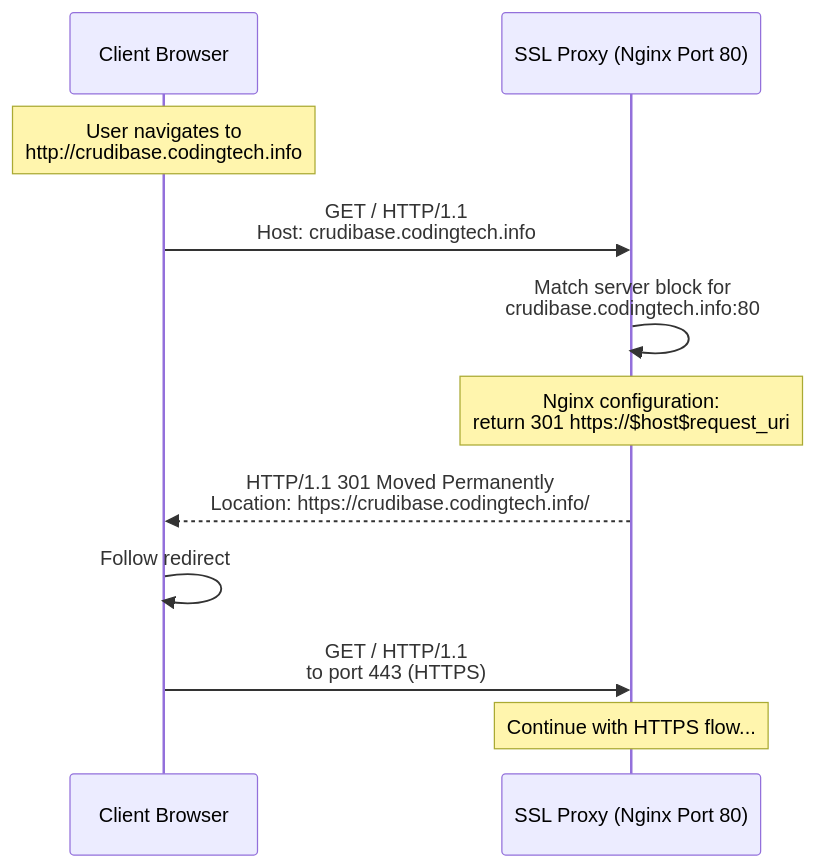
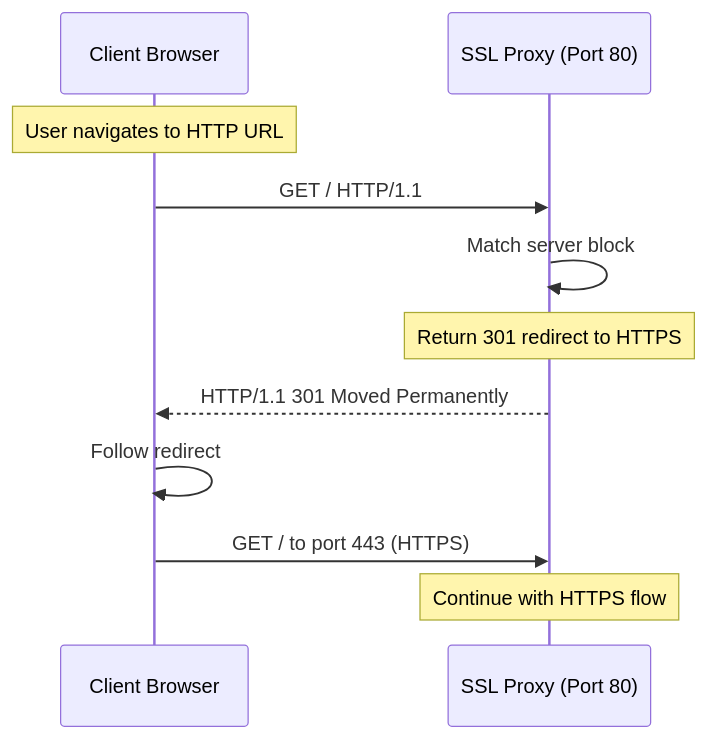
The third of 10 diagrams in wiki/Request-Flow.md (softwarewrighter/ssl-proxy-for-do), drawn with Mermaid before and after one commit. The commit also changed other lines of this file and 3 other files, not shown here.

First line of the commit message:
Remove all remaining br tags from sequence diagrams

````diff
--- a/wiki/Request-Flow.md
+++ b/wiki/Request-Flow.md
@@ -145,20 +145,20 @@
 ```mermaid
 sequenceDiagram
     participant Client as Client Browser
-    participant SSLProxy as SSL Proxy (Nginx Port 80)
+    participant SSLProxy as SSL Proxy (Port 80)
 
-    Note over Client: User navigates to<br/>http://crudibase.codingtech.info
+    Note over Client: User navigates to HTTP URL
 
-    Client->>SSLProxy: GET / HTTP/1.1<br/>Host: crudibase.codingtech.info
+    Client->>SSLProxy: GET / HTTP/1.1
 
-    SSLProxy->>SSLProxy: Match server block for<br/>crudibase.codingtech.info:80
+    SSLProxy->>SSLProxy: Match server block
 
-    Note over SSLProxy: Nginx configuration:<br/>return 301 https://$host$request_uri;
+    Note over SSLProxy: Return 301 redirect to HTTPS
 
-    SSLProxy-->>Client: HTTP/1.1 301 Moved Permanently<br/>Location: https://crudibase.codingtech.info/
+    SSLProxy-->>Client: HTTP/1.1 301 Moved Permanently
 
     Client->>Client: Follow redirect
-    Client->>SSLProxy: GET / HTTP/1.1<br/>to port 443 (HTTPS)
+    Client->>SSLProxy: GET / to port 443 (HTTPS)
 
-    Note over SSLProxy: Continue with HTTPS flow...
+    Note over SSLProxy: Continue with HTTPS flow
 ```
````
